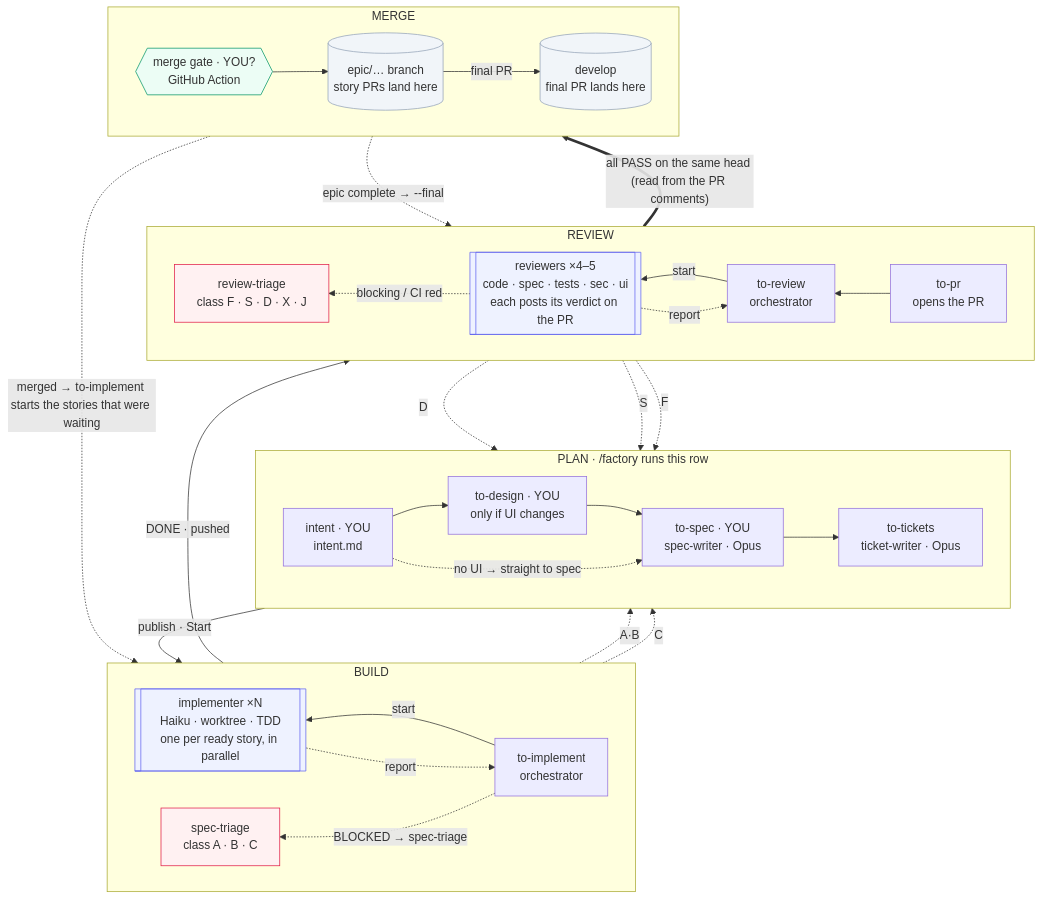
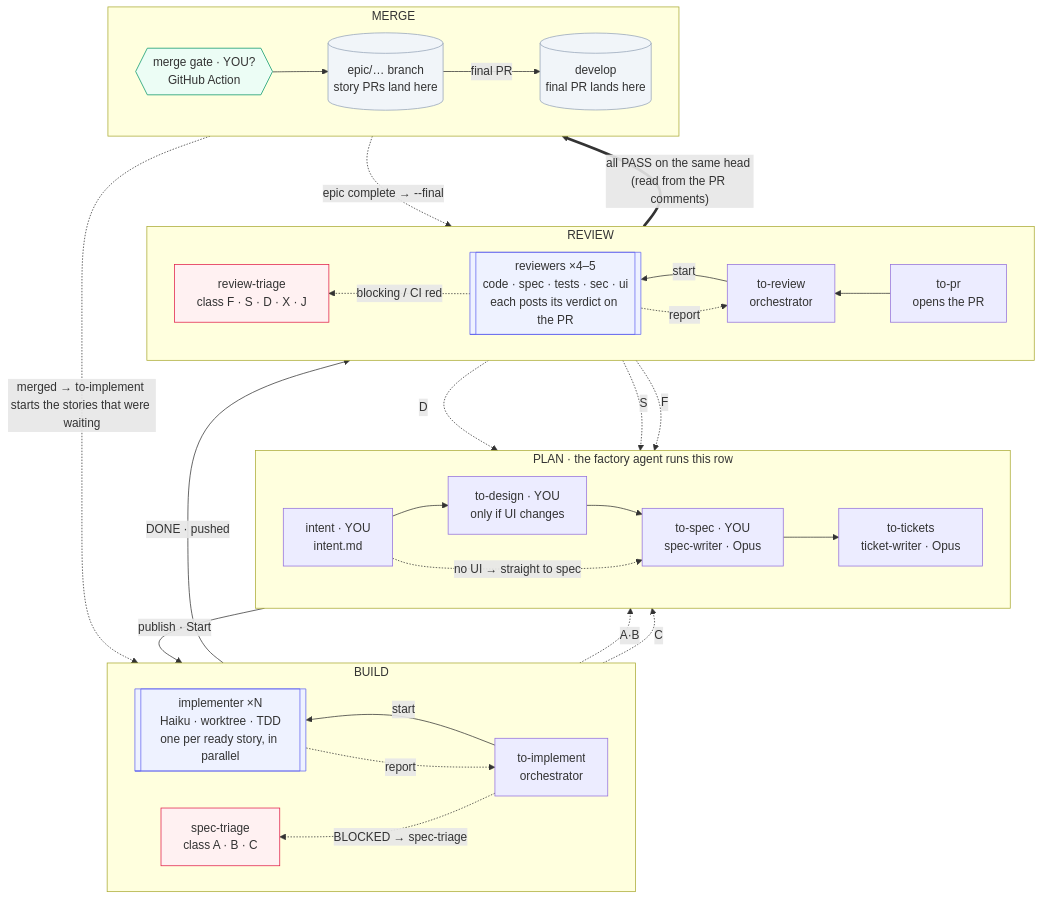
One commit to ntamasa/Tessera changed the first of 3 diagrams in README.md. Above: the diagram before and after it, drawn with Mermaid. The commit also changed other lines of this file and 12 other files, not shown here.

Commit message:
Replace factory skill with factory main-session agent

````diff
--- a/README.md
+++ b/README.md
@@ -55,46 +55,46 @@
 ```mermaid
 flowchart TB
-  subgraph PLAN["PLAN · /factory runs this row"]
+  subgraph PLAN["PLAN · the factory agent runs this row"]
     direction LR
     intent["intent · YOU<br/>intent.md"] --> design["to-design · YOU<br/>only if UI changes"] --> spec["to-spec · YOU<br/>spec-writer · Opus"] --> tickets["to-tickets<br/>ticket-writer · Opus"]
     intent -. "no UI → straight to spec" .-> spec
   end
   subgraph BUILD
     direction RL
     impl["to-implement<br/>orchestrator"] -- start --> implr[["implementer ×N<br/>Haiku · worktree · TDD<br/>one per ready story, in parallel"]]
     implr -. report .-> impl
     st["spec-triage<br/>class A · B · C"]
   end
   subgraph REVIEW
     direction RL
     pr["to-pr<br/>opens the PR"] --> rev["to-review<br/>orchestrator"]
     rev -- start --> revs[["reviewers ×4–5<br/>code · spec · tests · sec · ui<br/>each posts its verdict on the PR"]]
     revs -. report .-> rev
     rt["review-triage<br/>class F · S · D · X · J"]
   end
   subgraph MERGE
     direction LR
     gate{{"merge gate · YOU?<br/>GitHub Action"}} --> epic[("epic/… branch<br/>story PRs land here")] -- "final PR" --> dev[("develop<br/>final PR lands here")]
   end
   tickets -- "publish · Start" --> impl
   impl -- "DONE · pushed" --> pr
   impl -. "BLOCKED → spec-triage" .-> st
   st -. "A·B" .-> spec
   st -. "C" .-> tickets
   revs -. "blocking / CI red" .-> rt
   rt -. "D" .-> design
   rt -. "S" .-> spec
   rt -. "F" .-> tickets
   revs == "all PASS on the same head (read from the PR comments)" ==> gate
   epic -. "epic complete → --final" .-> pr
   gate -. "merged → to-implement starts the stories that were waiting" .-> impl
 
   classDef agent fill:#eef2ff,stroke:#6366f1
   classDef triage fill:#fff1f2,stroke:#e11d48
   classDef gateK fill:#ecfdf5,stroke:#059669
   classDef branch fill:#f1f5f9,stroke:#94a3b8
   class implr,revs agent
   class st,rt triage
   class gate gateK
   class epic,dev branch
 ```
````
